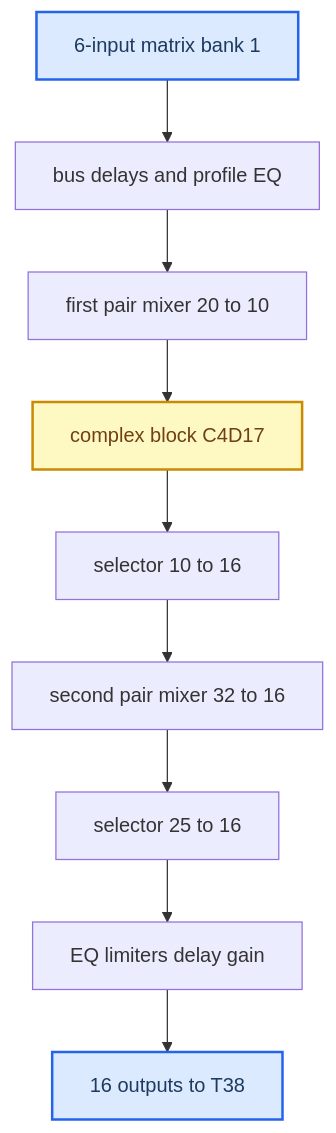
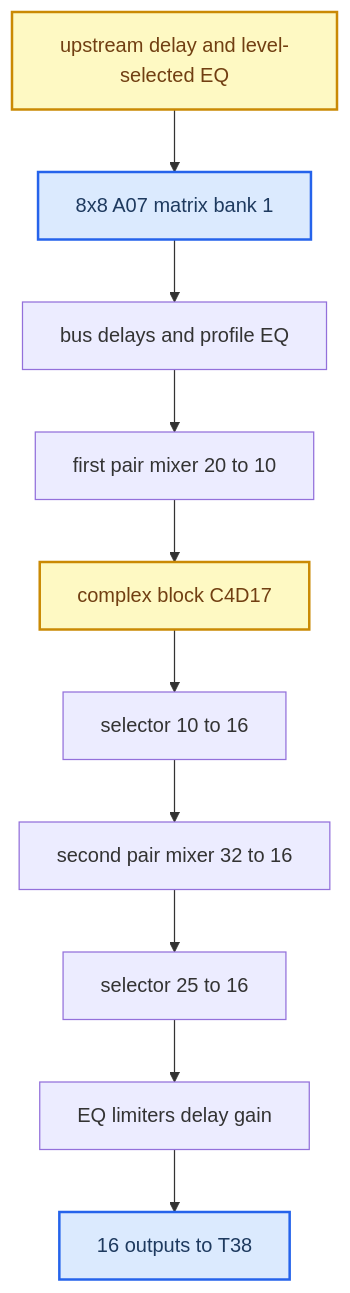
Before and after one commit to luka-dev/mib2q-carplay-rgi: the second of 3 diagrams in docs-obsidian/Audio/Virtual Cabin and Amp RE.md, drawn with Mermaid. The commit also changed other lines of this file and 88 other files, not shown here.

````diff
--- a/docs-obsidian/Audio/Virtual Cabin and Amp RE.md
+++ b/docs-obsidian/Audio/Virtual Cabin and Amp RE.md
@@ -90,19 +112,20 @@
 ```mermaid
 flowchart TB
   accTitle: SHARC 79-entry DSP schedule
-  accDescr: The six-input matrix feeds delays, EQ, two pair mixers with B processors and a complex block, selectors, output EQ, limiters and gain to sixteen outputs.
-  input_matrix["6-input matrix bank 1"]
+  accDescr: The upstream common EQ feeds both the first B processor and the six-input matrix, which feeds delays, EQ, two pair mixers with B processors and a complex block, selectors, output EQ, limiters and gain to sixteen outputs.
+  upstream_eq["upstream delay and level-selected EQ"]
+  input_matrix["8x8 A07 matrix bank 1"]
   bus_delay_eq["bus delays and profile EQ"]
   pair_mixer_1["first pair mixer 20 to 10"]
   complex_block["complex block C4D17"]
   selector_10_16["selector 10 to 16"]
   pair_mixer_2["second pair mixer 32 to 16"]
   selector_25_16["selector 25 to 16"]
   limiter_chain["EQ limiters delay gain"]
   outputs_16["16 outputs to T38"]
-  input_matrix --> bus_delay_eq --> pair_mixer_1 --> complex_block --> selector_10_16 --> pair_mixer_2 --> selector_25_16 --> limiter_chain --> outputs_16
+  upstream_eq --> input_matrix --> bus_delay_eq --> pair_mixer_1 --> complex_block --> selector_10_16 --> pair_mixer_2 --> selector_25_16 --> limiter_chain --> outputs_16
   classDef primary fill:#dbeafe,stroke:#2563eb,stroke-width:2px,color:#1e3a5f
   classDef warning fill:#fef9c3,stroke:#ca8a04,stroke-width:2px,color:#713f12
   class input_matrix,outputs_16 primary
-  class complex_block warning
+  class complex_block,upstream_eq warning
 ```
````
